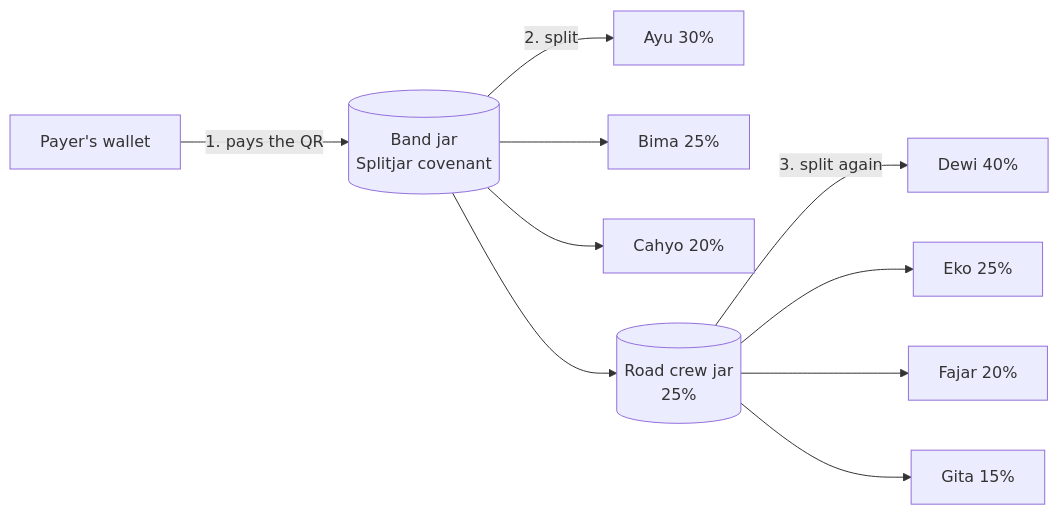
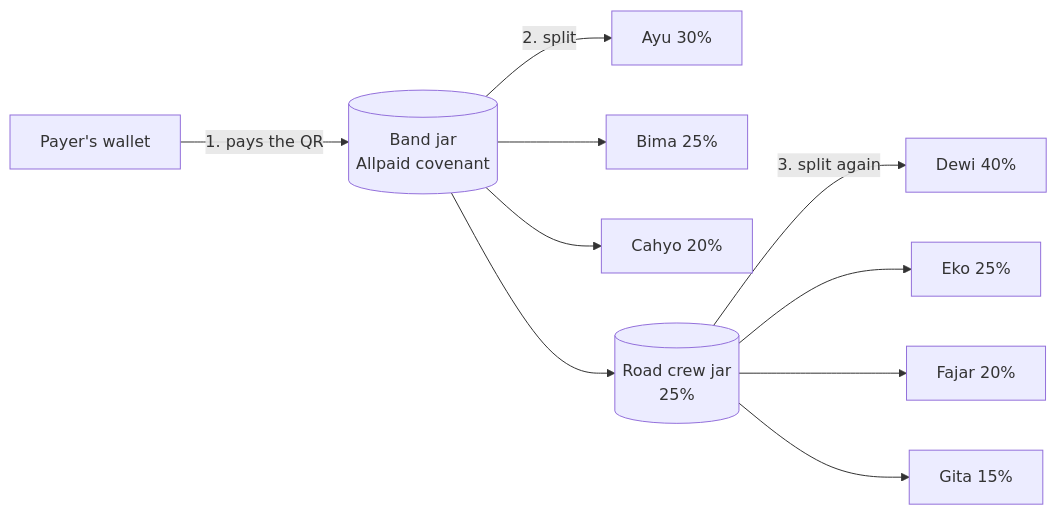
One commit to Stylenexy/allpaid changed the diagram in README.md. Above: the diagram before and after it, drawn with Mermaid. The commit also changed other lines of this file and 57 other files, not shown here.

Commit message:
Rename to Allpaid; Covenant Noir landing and matching inner pages; live payment drives the hero

````diff
--- a/README.md
+++ b/README.md
@@ -50,12 +50,12 @@
 ```mermaid
 flowchart LR
-  P[Payer's wallet] -- 1. pays the QR --> J[(Band jar<br/>Splitjar covenant)]
+  P[Payer's wallet] -- 1. pays the QR --> J[(Band jar<br/>Allpaid covenant)]
   J -- 2. split --> A[Ayu 30%]
   J --> B[Bima 25%]
   J --> C[Cahyo 20%]
   J --> R[(Road crew jar<br/>25%)]
   R -- 3. split again --> D[Dewi 40%]
   R --> E[Eko 25%]
   R --> F[Fajar 20%]
   R --> G[Gita 15%]
 ```
````
